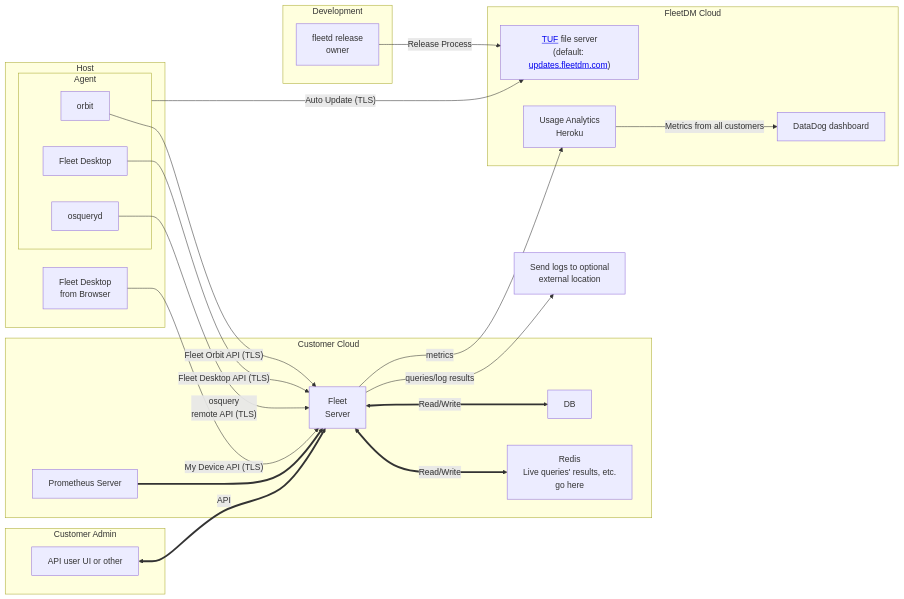
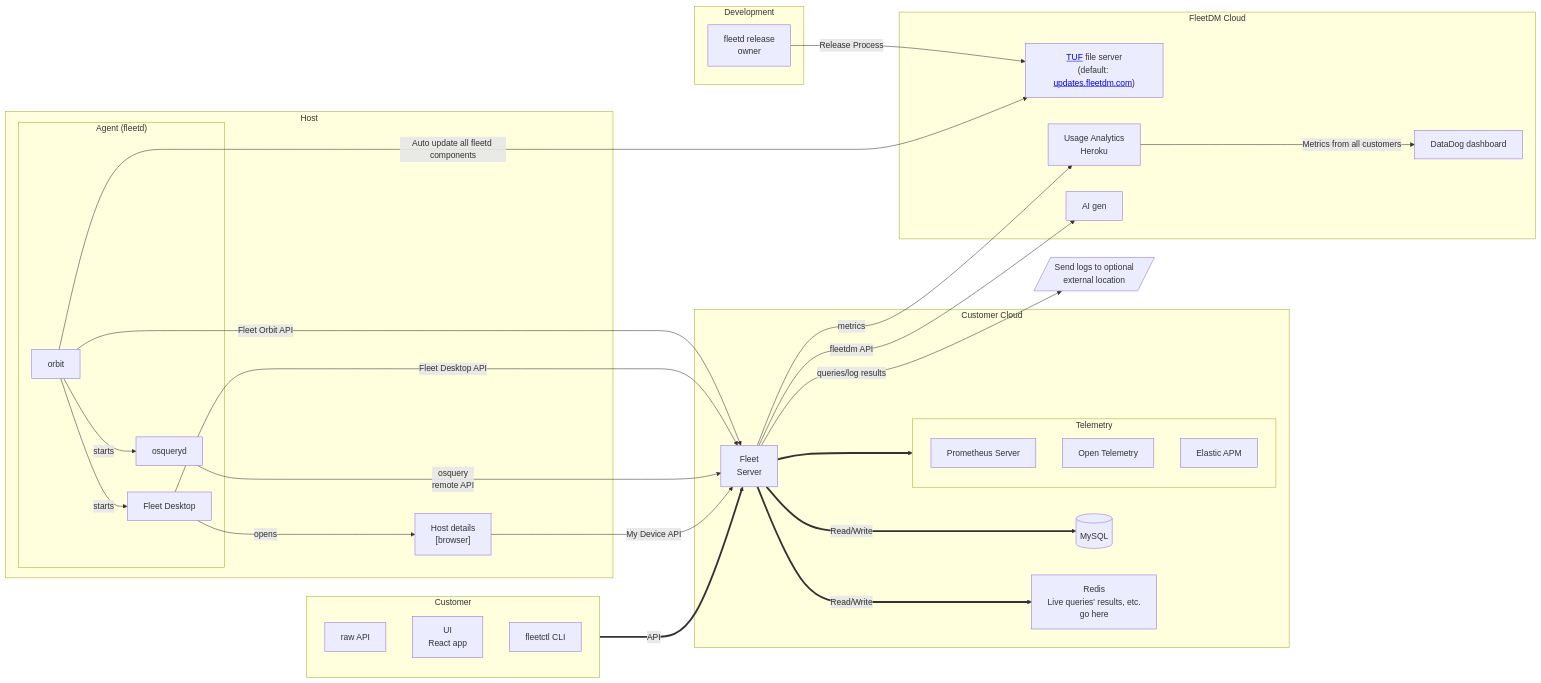
Before and after one commit to fleetdm/fleet: the first of 7 diagrams in docs/Contributing/high-level-architecture.md, drawn with Mermaid.

Commit message:
Add more detail.

````diff
--- a/docs/Contributing/high-level-architecture.md
+++ b/docs/Contributing/high-level-architecture.md
@@ -12,56 +12,67 @@
 ```mermaid
 graph LR;
     
     subgraph Development
         fleet_release_owner[fleetd release<br>owner];
     end
 
     subgraph Host
-        subgraph Agent
+        subgraph "Agent (fleetd)"
             orbit[orbit];
+            osqueryd[osqueryd];
             desktop[Fleet Desktop];
-            osqueryd[osqueryd];
         end
-        desktop_browser[Fleet Desktop<br> from Browser];
+        desktop_browser["Host details<br>[browser]"];
     end
 
     subgraph Customer Cloud
         fleet_server[Fleet<br>Server];
-        db[DB];
+        db[(MySQL)];
         redis[Redis<br>Live queries' results, etc. <br>go here];
-        prometheus[Prometheus Server];
+        subgraph Telemetry
+            prometheus[Prometheus Server];
+            opentel[Open Telemetry]
+            apm[Elastic APM]
+        end
     end
 
     subgraph FleetDM Cloud
         tuf["<a href=https://theupdateframework.io/>TUF</a> file server<br>(default: <a href=https://updates.fleetdm.com>updates.fleetdm.com</a>)"];
         datadog[DataDog dashboard]
         heroku[Usage Analytics<br>Heroku]
+        fleetdm[AI gen]
     end
 
-    log[Send logs to optional<br> external location]
+    log[/Send logs to optional<br> external location/]
 
-    subgraph Customer Admin
-        frontend[API user UI or other]
+    subgraph Customer
+        api[raw API]
+        frontend["UI<br>React app"]
+        fleetctl[fleetctl CLI]
     end
 
 
     fleet_release_owner -- "Release Process" --> tuf;
 
-    orbit -- "Fleet Orbit API (TLS)" --> fleet_server;
-    Agent -- "Auto Update (TLS)" --> tuf;
-    desktop -- "Fleet Desktop API (TLS)" --> fleet_server;
-    osqueryd -- "osquery<br>remote API (TLS)" --> fleet_server;
-    desktop_browser -- "My Device API (TLS)" --> fleet_server;
+    orbit -- "Fleet Orbit API" --> fleet_server;
+    orbit -- "Auto update all fleetd components" --> tuf;
+    desktop -- "Fleet Desktop API" --> fleet_server;
+    osqueryd -- "osquery<br>remote API" --> fleet_server;
+    orbit -- "starts" --> desktop
+    orbit -- "starts" --> osqueryd
+    desktop -- "opens" -->desktop_browser
+    desktop_browser -- "My Device API" --> fleet_server;
 
     heroku -- "Metrics from all customers" --> datadog;
 
-    fleet_server <== "Read/Write" ==> db;
-    fleet_server <== "Read/Write" ==> redis;
+    fleet_server == "Read/Write" ==> db;
+    fleet_server == "Read/Write" ==> redis;
 
-    prometheus ==> fleet_server;
+    fleet_server ==> Telemetry;
     fleet_server -- "metrics" --> heroku;
+    fleet_server -- "fleetdm API" --> fleetdm
     fleet_server -- "queries/log results" --> log;
 
-    frontend <== "API" ==> fleet_server;
+    Customer == "API" ==> fleet_server;
 
 ```
````
